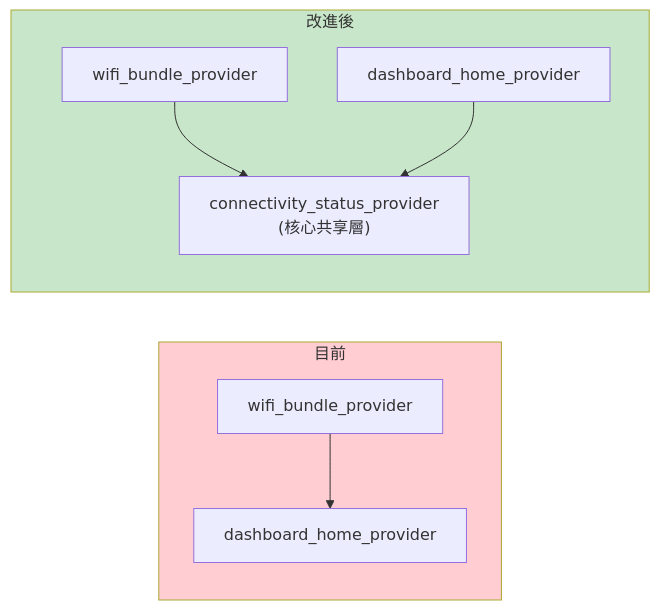
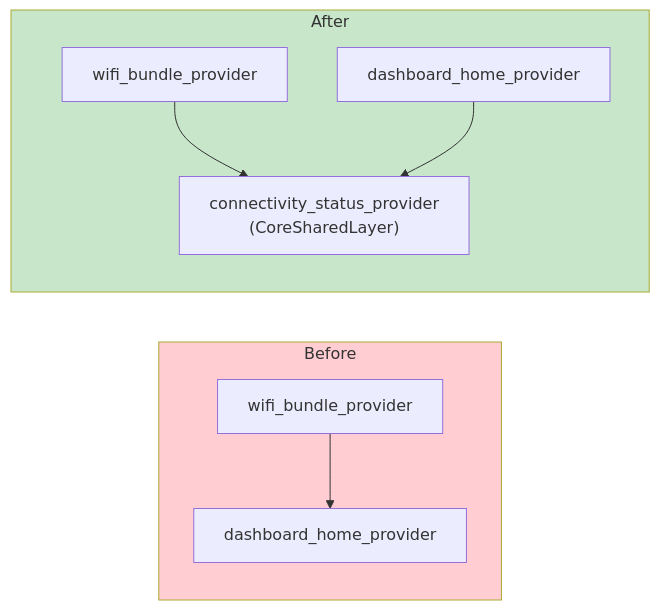
Diagram 12 of 12 in doc/architecture_analysis_2026-01-16.md (linksys/PrivacyGUI), drawn with Mermaid before and after one commit. The commit also changed other lines of this file and 58 other files, not shown here.

````diff
--- a/doc/architecture_analysis_2026-01-16.md
+++ b/doc/architecture_analysis_2026-01-16.md
@@ -558,14 +558,14 @@
 ```mermaid
 graph LR
-    subgraph Before["目前"]
+    subgraph Before["Before"]
         WBP1["wifi_bundle_provider"] --> DHP1["dashboard_home_provider"]
     end
     
-    subgraph After["改進後"]
-        WBP2["wifi_bundle_provider"] --> CSP["connectivity_status_provider<br/>(核心共享層)"]
+    subgraph After["After"]
+        WBP2["wifi_bundle_provider"] --> CSP["connectivity_status_provider<br/>(CoreSharedLayer)"]
         DHP2["dashboard_home_provider"] --> CSP
     end
     
     style Before fill:#ffcdd2
     style After fill:#c8e6c9
 ```
````
